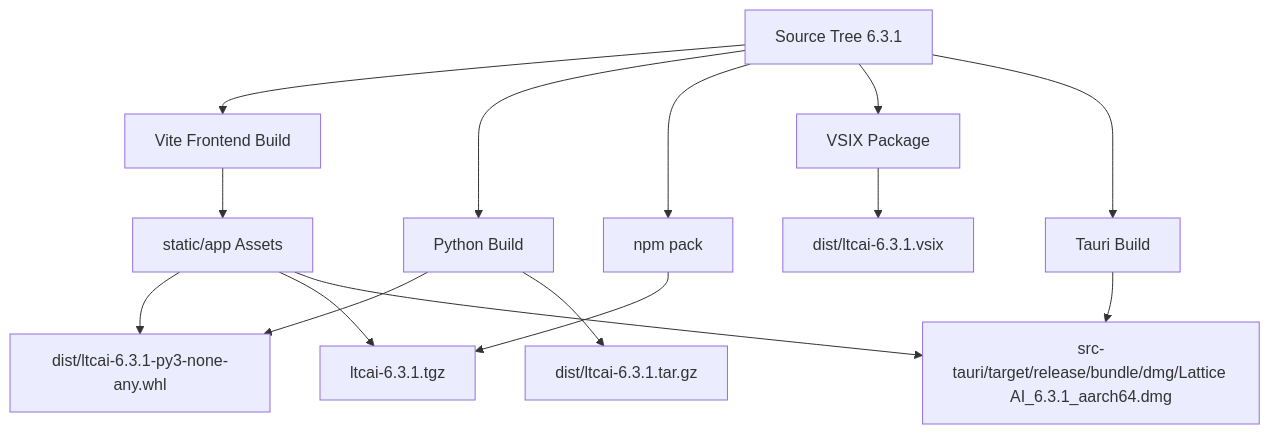
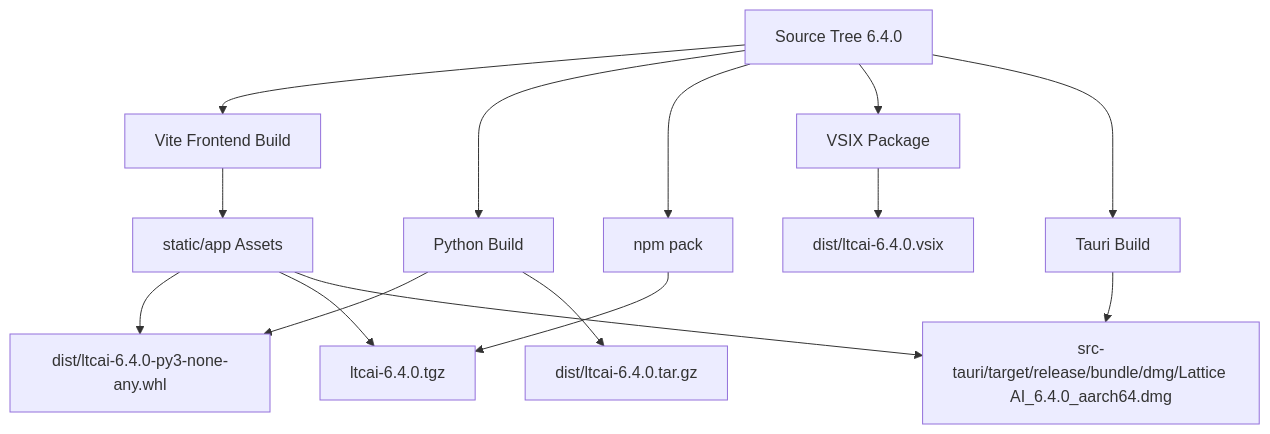
Before and after one commit to TaeSooPark-PTS/LatticeAI: diagram 11 of 11 in ARCHITECTURE.md, drawn with Mermaid. The commit also changed other lines of this file and 37 other files, not shown here.

````diff
--- a/ARCHITECTURE.md
+++ b/ARCHITECTURE.md
@@ -271,18 +302,18 @@
 ```mermaid
 flowchart TB
-  Source["Source Tree 6.3.1"] --> FrontendBuild["Vite Frontend Build"]
+  Source["Source Tree 6.4.0"] --> FrontendBuild["Vite Frontend Build"]
   Source --> PythonBuild["Python Build"]
   Source --> NpmPack["npm pack"]
   Source --> VsixBuild["VSIX Package"]
   Source --> TauriBuild["Tauri Build"]
 
   FrontendBuild --> StaticAssets["static/app Assets"]
-  PythonBuild --> Wheel["dist/ltcai-6.3.1-py3-none-any.whl"]
-  PythonBuild --> Sdist["dist/ltcai-6.3.1.tar.gz"]
-  NpmPack --> Tgz["ltcai-6.3.1.tgz"]
-  VsixBuild --> Vsix["dist/ltcai-6.3.1.vsix"]
-  TauriBuild --> Dmg["src-tauri/target/release/bundle/dmg/Lattice AI_6.3.1_aarch64.dmg"]
+  PythonBuild --> Wheel["dist/ltcai-6.4.0-py3-none-any.whl"]
+  PythonBuild --> Sdist["dist/ltcai-6.4.0.tar.gz"]
+  NpmPack --> Tgz["ltcai-6.4.0.tgz"]
+  VsixBuild --> Vsix["dist/ltcai-6.4.0.vsix"]
+  TauriBuild --> Dmg["src-tauri/target/release/bundle/dmg/Lattice AI_6.4.0_aarch64.dmg"]
   StaticAssets --> Wheel
   StaticAssets --> Tgz
   StaticAssets --> Dmg
 ```
````
